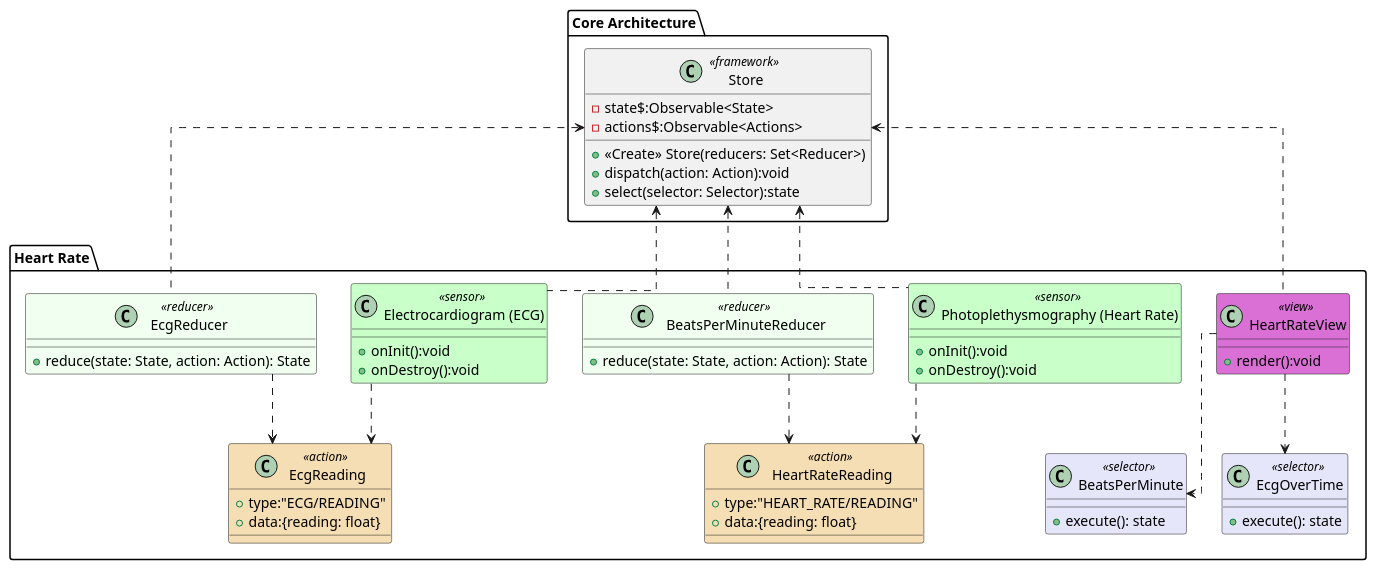
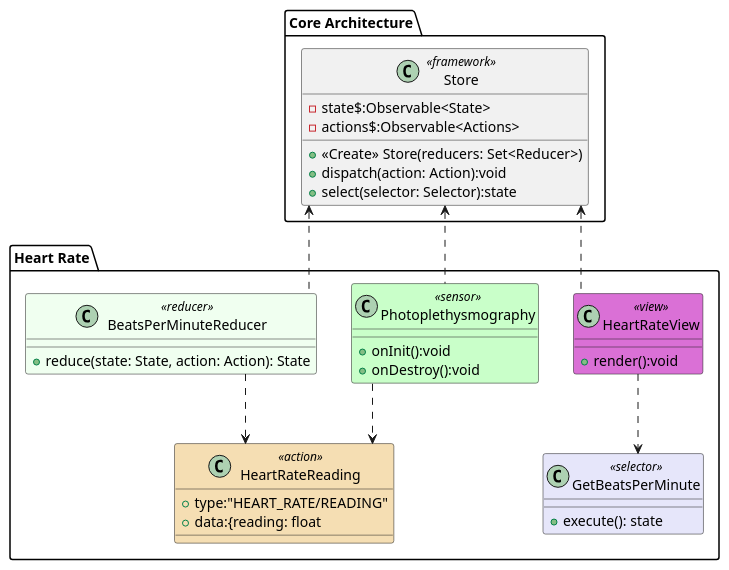
The diagram in class_diagrams/heart_rate.md (markroche92/sw-eng-smart-watch), drawn with PlantUML before and after one commit. The commit also changed other lines of this file, not shown here.

Commit message:
split ecg out of the heart rate diagram

````diff
--- a/class_diagrams/heart_rate.md
+++ b/class_diagrams/heart_rate.md
@@ -11,6 +9,6 @@
 ```plantuml
 @startuml
-set namespaceSeparator ::
+
 skinparam shadowing false
 skinparam linetype ortho
 skinparam class {
@@ -23,71 +21,51 @@
 }
 
 '=========== definitions
-
-class "Core Architecture:: Store" <<framework>> {
- +<<Create>> Store(reducers: Set<Reducer>)
- -state$:Observable<State>
- -actions$:Observable<Actions>
- +dispatch(action: Action):void
- +select(selector: Selector):state
+package "Core Architecture" {
+    class "Store" <<framework>> {
+        +<<Create>> Store(reducers: Set<Reducer>)
+        -state$:Observable<State>
+        -actions$:Observable<Actions>
+        +dispatch(action: Action):void
+        +select(selector: Selector):state
+    }
 }
 
-class "Heart Rate:: Electrocardiogram (ECG)" <<sensor>> {
- +onInit():void
- +onDestroy():void
+package "Heart Rate" {
+
+    class Photoplethysmography <<sensor>> {
+        +onInit():void
+        +onDestroy():void
+    }
+
+    class HeartRateReading <<action>> {
+        +type:"HEART_RATE/READING"
+        +data:{reading: float
+    }
+
+    class HeartRateView <<view>> {
+        +render():void
+    }
+
+    class BeatsPerMinuteReducer <<reducer>> {
+        +reduce(state: State, action: Action): State
+    }
+
+    class GetBeatsPerMinute <<selector>>{
+        +execute(): state
+    }
 }
 
-class "Heart Rate:: Photoplethysmography (Heart Rate)" <<sensor>> {
- +onInit():void
- +onDestroy():void
-}
-
-class "Heart Rate:: EcgReading" <<action>> {
- +type:"ECG/READING"
- +data:{reading: float}
-}
-
-class "Heart Rate:: HeartRateReading" <<action>> {
- +type:"HEART_RATE/READING"
- +data:{reading: float}
-}
-
-class "Heart Rate:: HeartRateView" <<view>> {
- +render():void
-}
-
-class "Heart Rate:: BeatsPerMinuteReducer" <<reducer>> {
- +reduce(state: State, action: Action): State
-}
-
-class "Heart Rate:: EcgReducer" <<reducer>> {
- +reduce(state: State, action: Action): State
-}
-
-class "Heart Rate:: BeatsPerMinute" <<selector>>{
- +execute(): state
-}
-
-class "Heart Rate:: EcgOverTime" <<selector>>{
- +execute(): state
-}
 
 '=========== links
-"Heart Rate:: HeartRateView" ..> "Heart Rate:: BeatsPerMinute"
-"Heart Rate:: HeartRateView" ..> "Heart Rate:: EcgOverTime"
+HeartRateView ..> GetBeatsPerMinute
 
-"Heart Rate:: Photoplethysmography (Heart Rate)" ..> "Heart Rate:: HeartRateReading"
-"Heart Rate:: BeatsPerMinuteReducer" ..> "Heart Rate:: HeartRateReading"
+Photoplethysmography ..> HeartRateReading
+BeatsPerMinuteReducer ..> HeartRateReading
 
-
-"Heart Rate:: Electrocardiogram (ECG)" ..> "Heart Rate:: EcgReading"
-"Heart Rate:: EcgReducer" ..> "Heart Rate:: EcgReading"
-
-"Heart Rate:: Photoplethysmography (Heart Rate)" .u.> "Core Architecture:: Store"
-"Heart Rate:: Electrocardiogram (ECG)" .u.> "Core Architecture:: Store"
-"Heart Rate:: BeatsPerMinuteReducer" .u.> "Core Architecture:: Store"
-"Heart Rate:: EcgReducer" .u.> "Core Architecture:: Store"
-"Heart Rate:: HeartRateView" .u.> "Core Architecture:: Store"
+Photoplethysmography .u.> Store
+BeatsPerMinuteReducer .u.> Store
+HeartRateView .u.> Store
 
 @enduml
 ```
````
